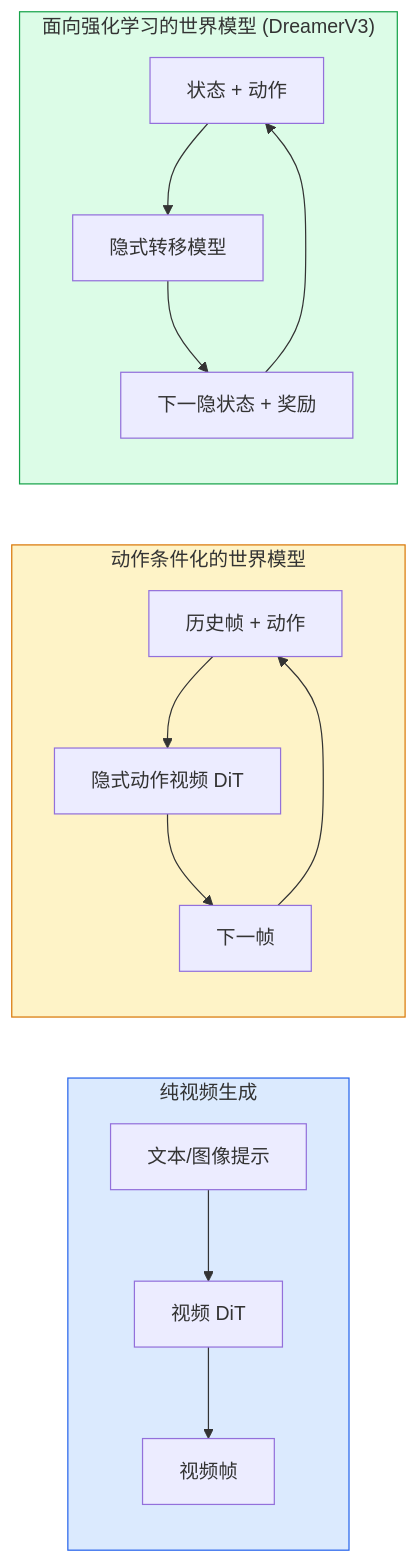
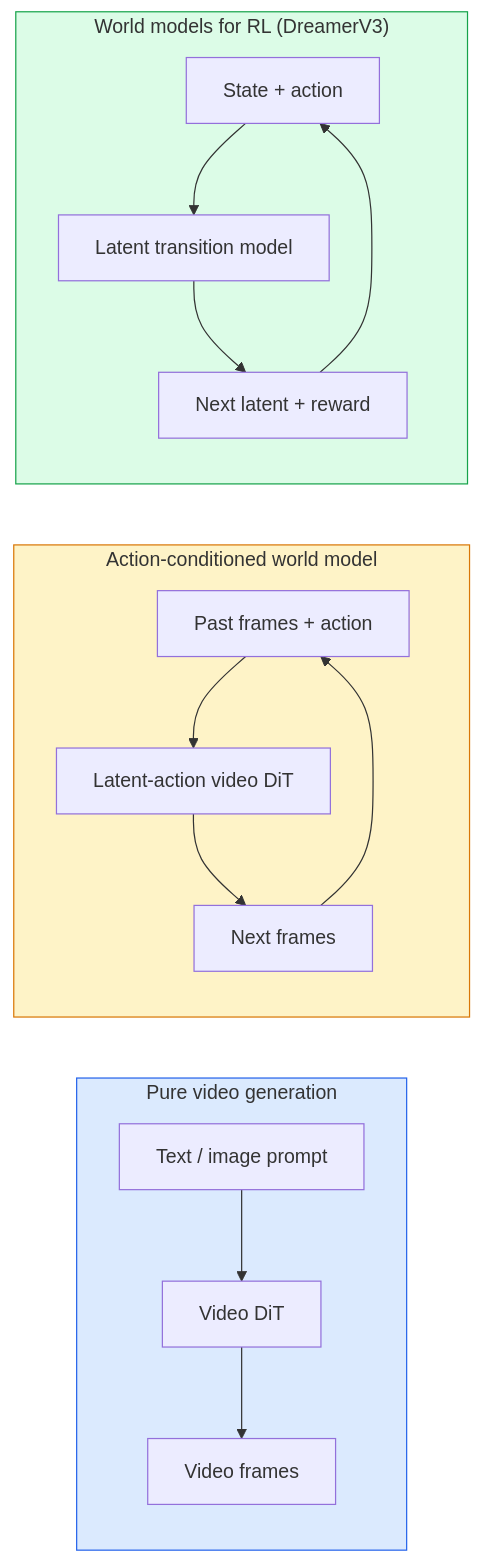
Before and after one commit to xiaojiaenen/ai-engineering-from-scratch-zh: the diagram in i18n/zh/phases/04-computer-vision/28-world-models-video-diffusion/docs/zh.md, drawn with Mermaid. The commit also changed other lines of this file and 28 other files, not shown here.

````diff
--- a/i18n/zh/phases/04-computer-vision/28-world-models-video-diffusion/docs/zh.md
+++ b/i18n/zh/phases/04-computer-vision/28-world-models-video-diffusion/docs/zh.md
@@ -29,18 +29,18 @@
 ```mermaid
 flowchart LR
-    subgraph GEN["纯视频生成"]
-        G1["文本/图像提示"] --> G2["视频 DiT"] --> G3["视频帧"]
+    subgraph GEN["Pure video generation"]
+        G1["Text / image prompt"] --> G2["Video DiT"] --> G3["Video frames"]
     end
-    subgraph ACTION["动作条件化的世界模型"]
-        A1["历史帧 + 动作"] --> A2["隐式动作视频 DiT"] --> A3["下一帧"]
+    subgraph ACTION["Action-conditioned world model"]
+        A1["Past frames + action"] --> A2["Latent-action video DiT"] --> A3["Next frames"]
         A3 --> A1
     end
-    subgraph RL["面向强化学习的世界模型 (DreamerV3)"]
-        R1["状态 + 动作"] --> R2["隐式转移模型"] --> R3["下一隐状态 + 奖励"]
+    subgraph RL["World models for RL (DreamerV3)"]
+        R1["State + action"] --> R2["Latent transition model"] --> R3["Next latent + reward"]
         R3 --> R1
     end
 
     style GEN fill:#dbeafe,stroke:#2563eb
     style ACTION fill:#fef3c7,stroke:#d97706
     style RL fill:#dcfce7,stroke:#16a34a
 ```
````
